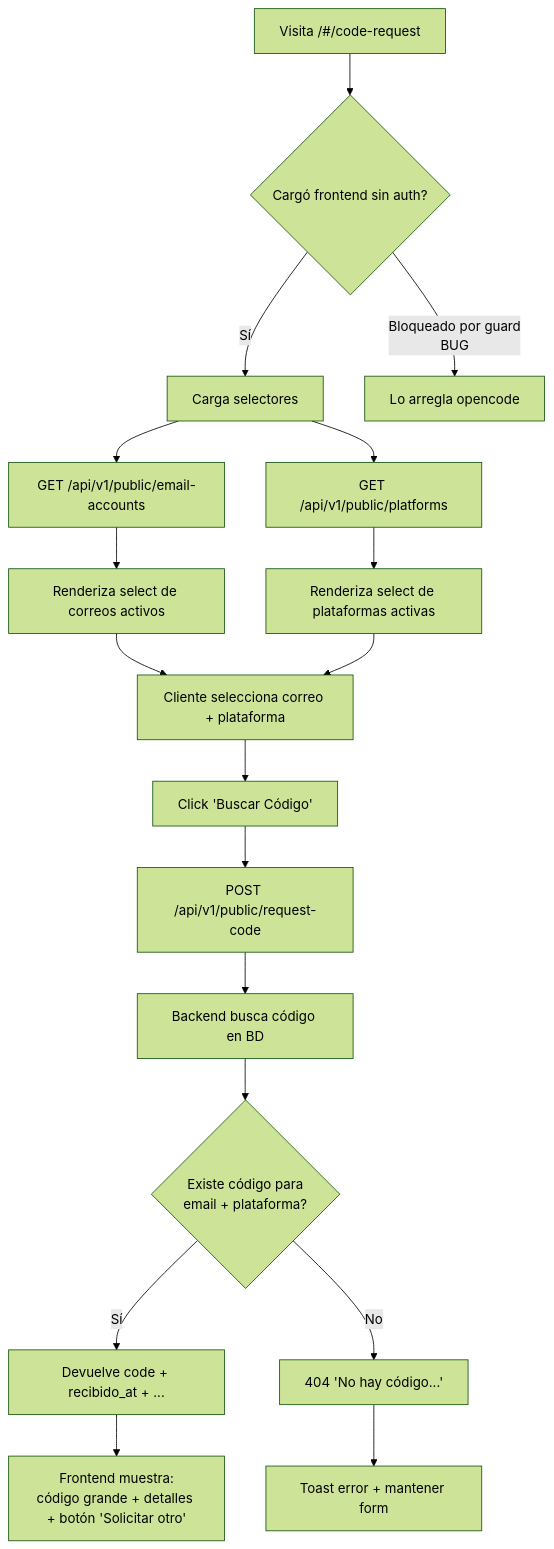
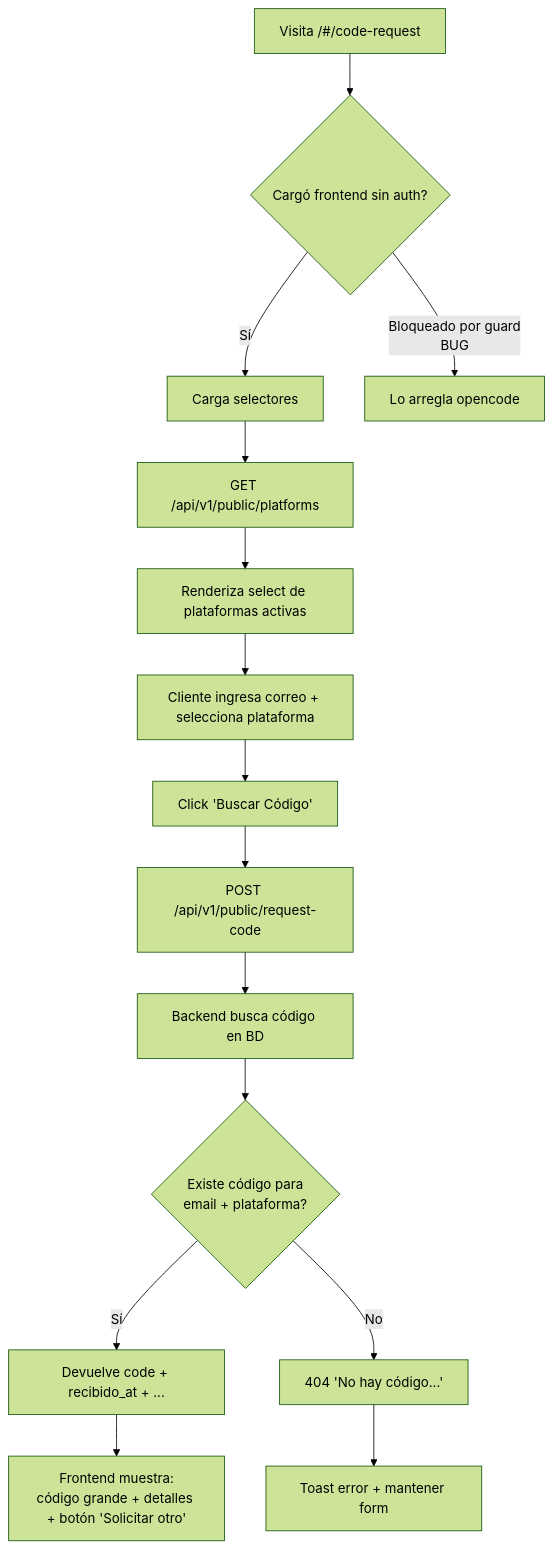
The second of 6 diagrams in docs/04-FLUJO.md (zebhastyanangelo-svg/VeriCode), drawn with Mermaid (forest theme) before and after one commit. The commit also changed other lines of this file and 15 other files, not shown here.

First line of the commit message:
fix: iconos plataforma, admin Jonathan Yanez, input email public flow

````diff
--- a/docs/04-FLUJO.md
+++ b/docs/04-FLUJO.md
@@ -48,20 +48,17 @@
 ```mermaid
 graph TD
     A1[Visita /#/code-request] --> B1{Cargó frontend sin auth?}
     B1 -- Sí --> C1[Carga selectores]
     B1 -- Bloqueado por guard<br/>BUG --> X1[Lo arregla opencode]
-    C1 --> D1[GET /api/v1/public/email-accounts]
     C1 --> D2[GET /api/v1/public/platforms]
-    D1 --> E1[Renderiza select de correos activos]
     D2 --> E2[Renderiza select de plataformas activas]
-    E1 --> F1[Cliente selecciona correo + plataforma]
-    E2 --> F1
+    E2 --> F1[Cliente ingresa correo + selecciona plataforma]
     F1 --> G1[Click 'Buscar Código']
     G1 --> H1[POST /api/v1/public/request-code]
     H1 --> I1[Backend busca código en BD]
     I1 --> J1{Existe código para<br/>email + plataforma?}
     J1 -- Sí --> K1[Devuelve code + recibido_at + ...]
     K1 --> L1[Frontend muestra:<br/>código grande + detalles + botón 'Solicitar otro']
     J1 -- No --> M1[404 'No hay código...']
     M1 --> N1[Toast error + mantener form]
 ```
````
